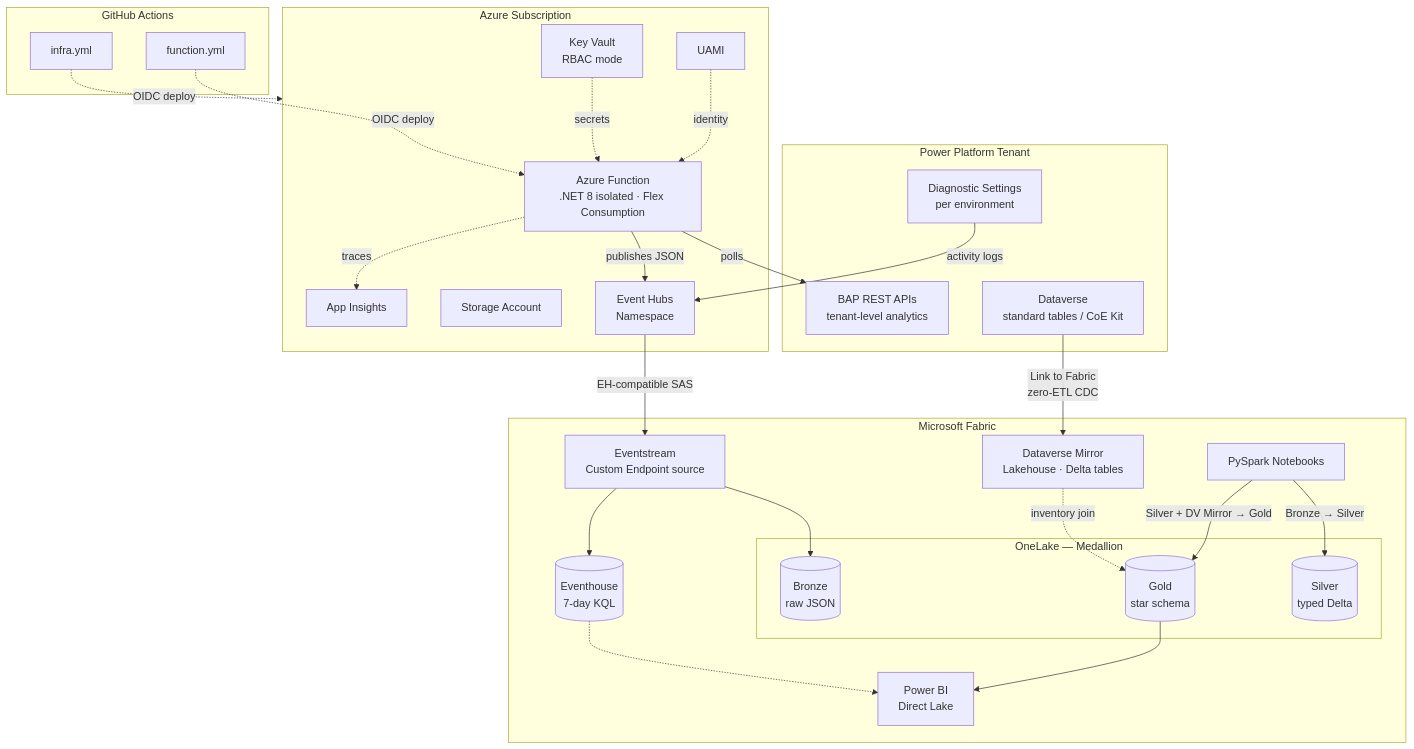
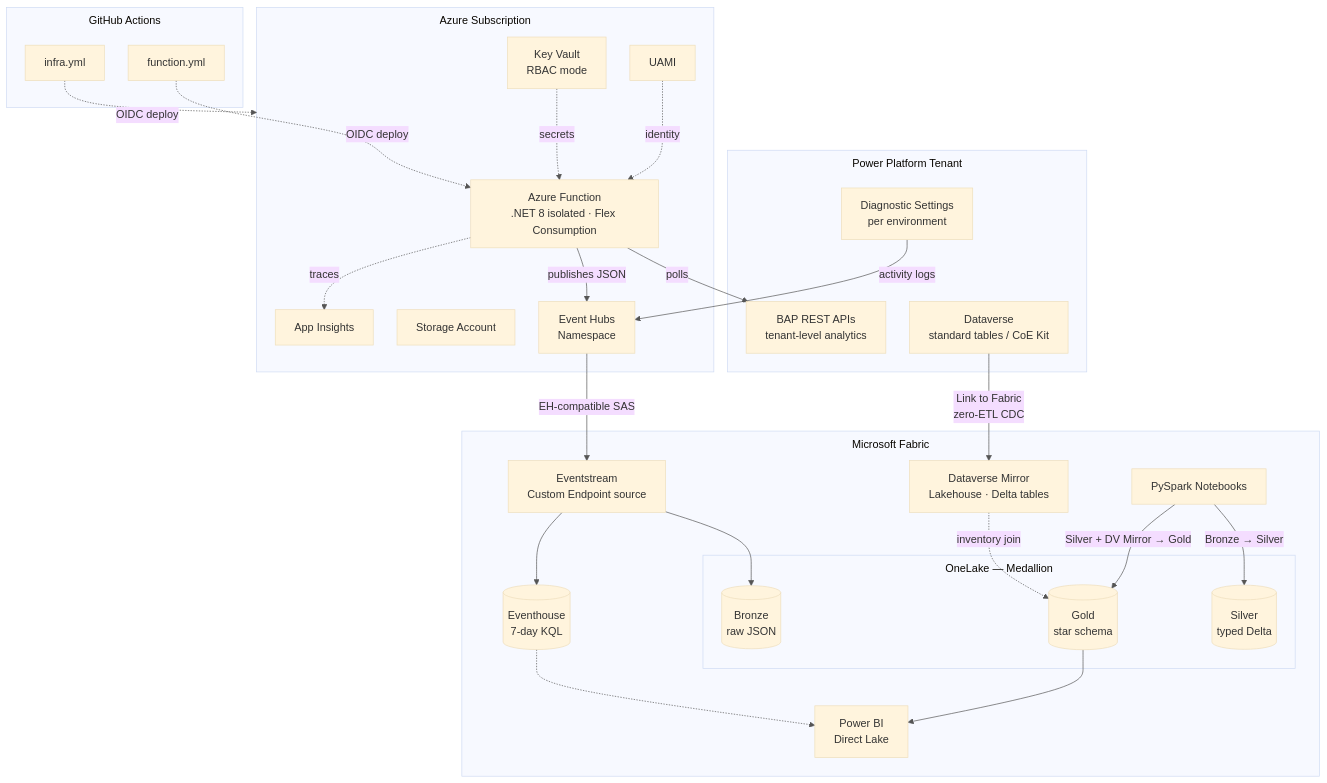
Before and after one commit to vaddify/powerplatform-telemetry-fabric-lab: the second of 2 diagrams in README.md, drawn with Mermaid. The commit also changed other lines of this file, not shown here.

Commit message:
style: enlarge hero diagram — TB layout with subgraph lanes, 20px font

````diff
--- a/README.md
+++ b/README.md
@@ -147,53 +172,54 @@
 ```mermaid
+%%{init: {'theme':'base', 'themeVariables':{'fontSize':'16px','lineColor':'#555'}, 'flowchart':{'nodeSpacing':35,'rankSpacing':55,'padding':14,'subGraphTitleMargin':{'top':8,'bottom':8},'wrappingWidth':220}}}%%
 flowchart TB
     subgraph PP["Power Platform Tenant"]
         DS["Diagnostic Settings\nper environment"]
         BAP["BAP REST APIs\ntenant-level analytics"]
         DV["Dataverse\nstandard tables / CoE Kit"]
     end
 
     subgraph AZ["Azure Subscription"]
         FN["Azure Function\n.NET 8 isolated · Flex Consumption"]
         EH["Event Hubs\nNamespace"]
         KV["Key Vault\nRBAC mode"]
         SA["Storage Account"]
         UAMI["UAMI"]
         AI["App Insights"]
     end
 
     subgraph FB["Microsoft Fabric"]
         ES["Eventstream\nCustom Endpoint source"]
         DVMirror["Dataverse Mirror\nLakehouse · Delta tables"]
         subgraph Lake["OneLake — Medallion"]
             BZ[("Bronze\nraw JSON")]
             SV[("Silver\ntyped Delta")]
             GD[("Gold\nstar schema")]
         end
         EV[("Eventhouse\n7-day KQL")]
         NB["PySpark Notebooks"]
         PBI["Power BI\nDirect Lake"]
     end
 
     subgraph CI["GitHub Actions"]
         IW["infra.yml"]
         FW["function.yml"]
     end
 
     DS -- activity logs --> EH
     FN -- polls --> BAP
     FN -- publishes JSON --> EH
     EH -- EH-compatible SAS --> ES
     DV -- Link to Fabric\nzero-ETL CDC --> DVMirror
     KV -. secrets .-> FN
     UAMI -. identity .-> FN
     FN -. traces .-> AI
     ES --> BZ
     ES --> EV
     NB -- Bronze → Silver --> SV
     NB -- Silver + DV Mirror → Gold --> GD
     DVMirror -. inventory join .-> GD
     GD --> PBI
     EV -.-> PBI
     IW -. OIDC deploy .-> AZ
     FW -. OIDC deploy .-> FN
 ```
````
